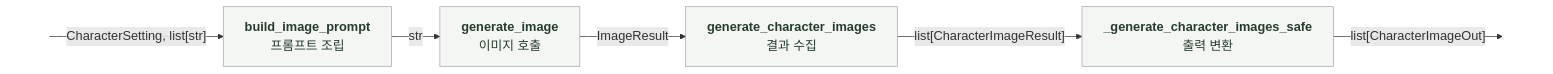
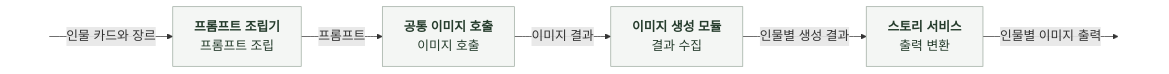
One commit to KIM-N-KANG/knk-harness changed the third of 4 diagrams in docs/domain/STORY/AI/6-2-SOFTWARE-IMPLEMENTATION.md. Above: the diagram before and after it, drawn with Mermaid. The commit also changed other lines of this file and 24 other files, not shown here.

````diff
--- a/docs/domain/STORY/AI/6-2-SOFTWARE-IMPLEMENTATION.md
+++ b/docs/domain/STORY/AI/6-2-SOFTWARE-IMPLEMENTATION.md
@@ -434,15 +114,15 @@
 ```mermaid
 %%{init: {"themeVariables": {"fontSize": "18px"}, "flowchart": {"curve": "basis", "htmlLabels": true, "nodeSpacing": 24, "rankSpacing": 48}}}%%
 flowchart LR
-    I[" "] -->|"CharacterSetting, list[str]"| A["<b>build_image_prompt</b><br/>프롬프트 조립"]
-    A -->|str| B["<b>generate_image</b><br/>이미지 호출"]
-    B -->|ImageResult| C["<b>generate_character_images</b><br/>결과 수집"]
-    C -->|"list[CharacterImageResult]"| D["<b>_generate_character_images_safe</b><br/>출력 변환"]
-    D -->|"list[CharacterImageOut]"| O[" "]
+    I[" "] -->|"인물 카드와 장르"| A["<b>프롬프트 조립기</b><br/>프롬프트 조립"]
+    A -->|프롬프트| B["<b>공통 이미지 호출</b><br/>이미지 호출"]
+    B -->|이미지 결과| C["<b>이미지 생성 모듈</b><br/>결과 수집"]
+    C -->|"인물별 생성 결과"| D["<b>스토리 서비스</b><br/>출력 변환"]
+    D -->|"인물별 이미지 출력"| O[" "]
     classDef data fill:#E8F2E8,stroke:#527A59,color:#182D1D
     classDef task fill:#F5D9C9,stroke:#B97450,color:#452B1D
     classDef code fill:#F4F6F4,stroke:#9BA99E,color:#253C2C
     class A,B,C,D code
     style I fill:none,stroke:none
     style O fill:none,stroke:none
 ```
````
